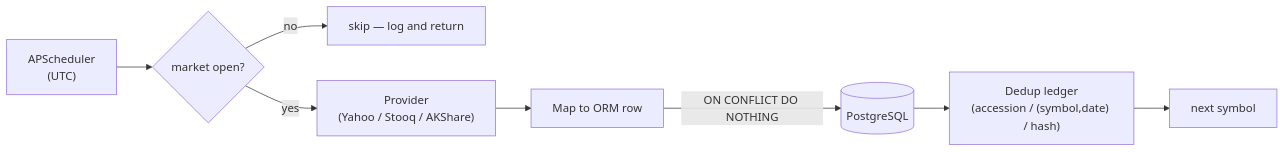
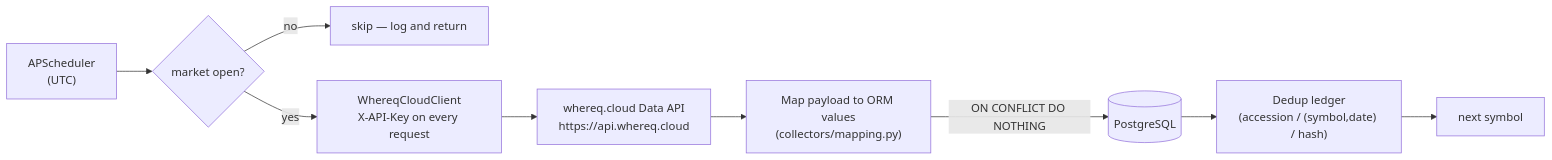
The third of 3 diagrams in docs/architecture.md (whereq/FlowDesktop), drawn with Mermaid before and after one commit. The commit also changed other lines of this file and 67 other files, not shown here.

````diff
--- a/docs/architecture.md
+++ b/docs/architecture.md
@@ -345,10 +377,11 @@
 ```mermaid
 graph LR
     Sched["APScheduler<br/>(UTC)"] --> Gate{"market open?"}
     Gate -->|no| Skip["skip — log and return"]
-    Gate -->|yes| Provider["Provider<br/>(Yahoo / Stooq / AKShare)"]
-    Provider --> Map["Map to ORM row"]
+    Gate -->|yes| Client["WhereqCloudClient<br/>X-API-Key on every request"]
+    Client --> API["whereq.cloud Data API<br/>https://api.whereq.cloud"]
+    API --> Map["Map payload to ORM values<br/>(collectors/mapping.py)"]
     Map -->|"ON CONFLICT DO NOTHING"| DB[("PostgreSQL")]
     DB --> Dedup["Dedup ledger<br/>(accession / (symbol,date) / hash)"]
     Dedup --> Next["next symbol"]
 ```
````
